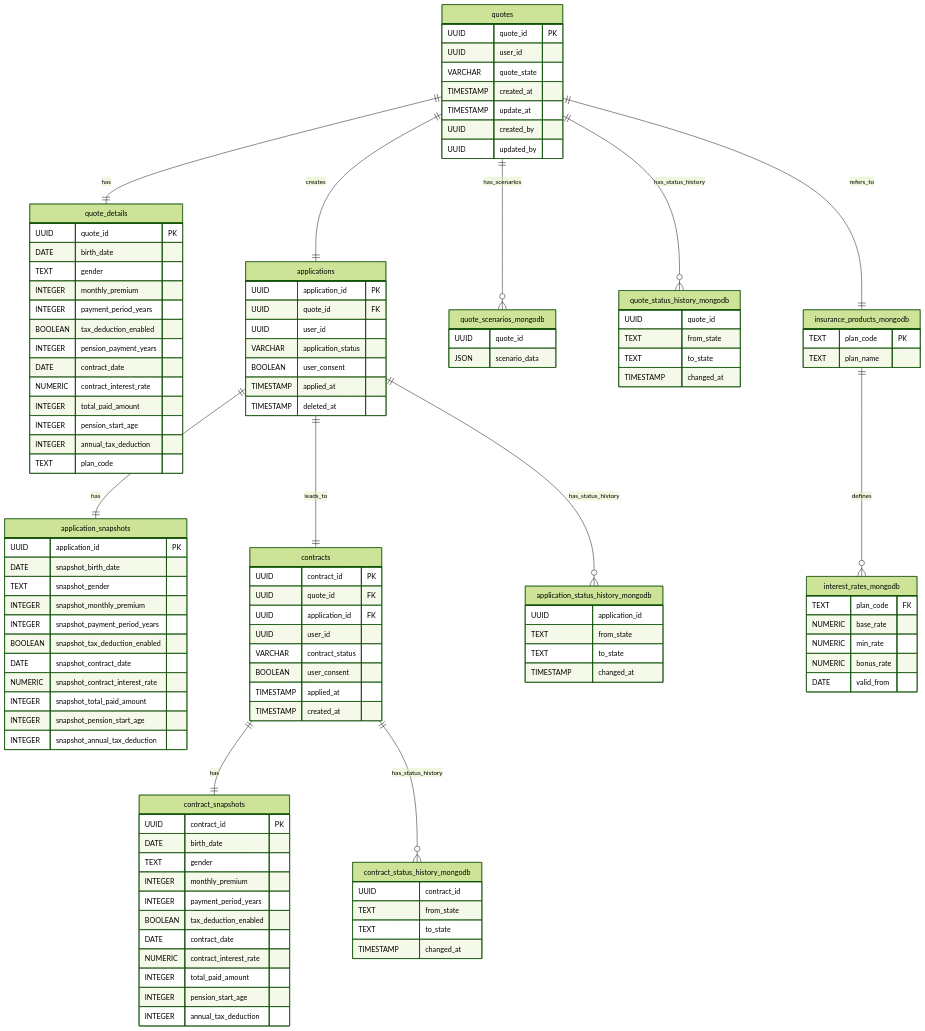
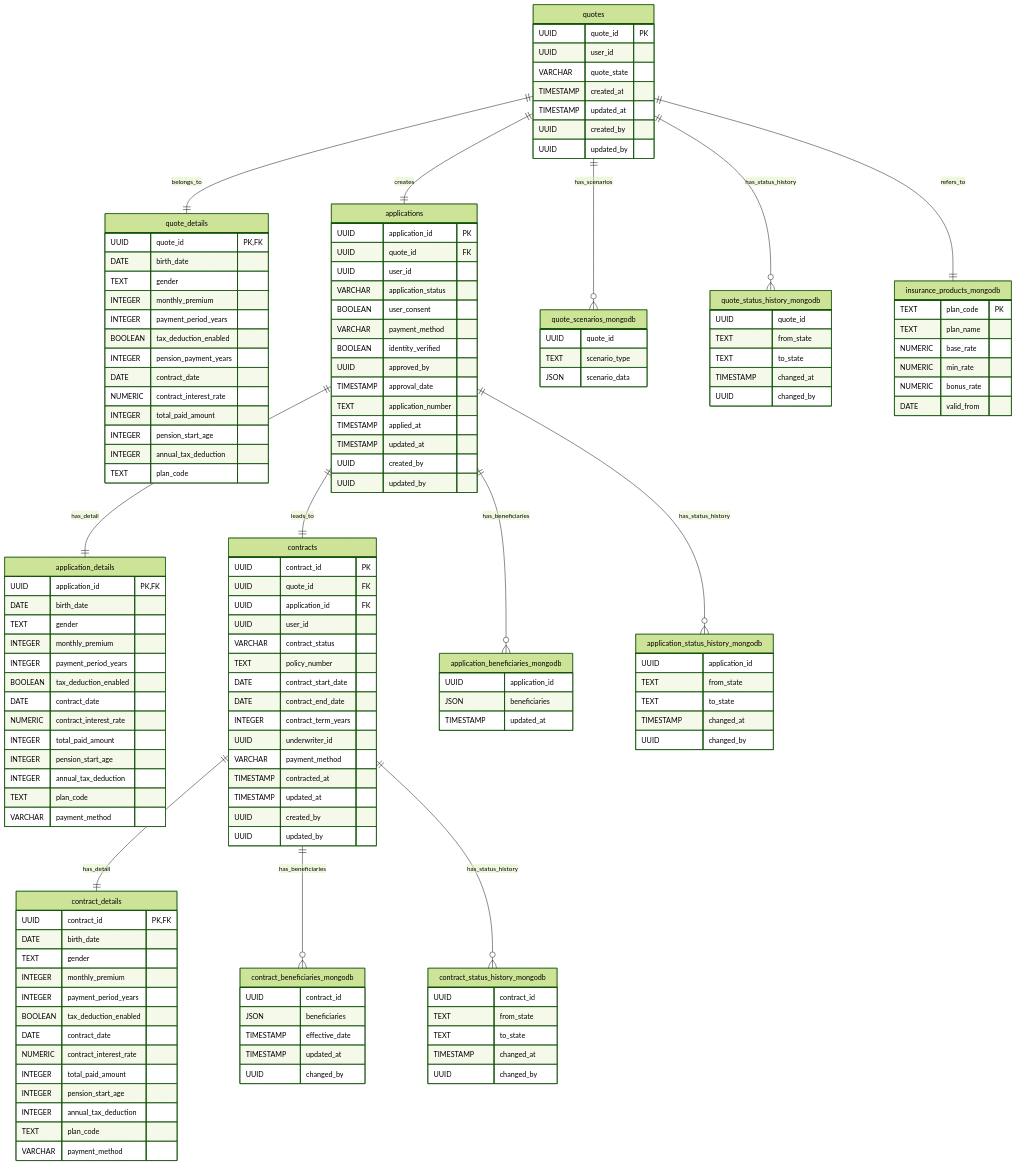
One commit to Yumapon/microservice_app changed the diagram in db/README.md. Above: the diagram before and after it, drawn with Mermaid (forest theme). The commit also changed 23 other files, not shown here.

````diff
--- a/db/README.md
+++ b/db/README.md
@@ -10,13 +10,13 @@
     UUID user_id
     VARCHAR quote_state
     TIMESTAMP created_at
-    TIMESTAMP update_at
+    TIMESTAMP updated_at
     UUID created_by
     UUID updated_by
 }
 
 quote_details {
-    UUID quote_id PK
+    UUID quote_id PK,FK
     DATE birth_date
     TEXT gender
     INTEGER monthly_premium
@@ -37,37 +37,19 @@
     UUID user_id
     VARCHAR application_status
     BOOLEAN user_consent
+    VARCHAR payment_method
+    BOOLEAN identity_verified
+    UUID approved_by
+    TIMESTAMP approval_date
+    TEXT application_number
     TIMESTAMP applied_at
-    TIMESTAMP deleted_at
+    TIMESTAMP updated_at
+    UUID created_by
+    UUID updated_by
 }
 
-application_snapshots {
-    UUID application_id PK
-    DATE snapshot_birth_date
-    TEXT snapshot_gender
-    INTEGER snapshot_monthly_premium
-    INTEGER snapshot_payment_period_years
-    BOOLEAN snapshot_tax_deduction_enabled
-    DATE snapshot_contract_date
-    NUMERIC snapshot_contract_interest_rate
-    INTEGER snapshot_total_paid_amount
-    INTEGER snapshot_pension_start_age
-    INTEGER snapshot_annual_tax_deduction
-}
-
-contracts {
-    UUID contract_id PK
-    UUID quote_id FK
-    UUID application_id FK
-    UUID user_id
-    VARCHAR contract_status
-    BOOLEAN user_consent
-    TIMESTAMP applied_at
-    TIMESTAMP created_at
-}
-
-contract_snapshots {
-    UUID contract_id PK
+application_details {
+    UUID application_id PK,FK
     DATE birth_date
     TEXT gender
     INTEGER monthly_premium
@@ -78,10 +60,61 @@
     INTEGER total_paid_amount
     INTEGER pension_start_age
     INTEGER annual_tax_deduction
+    TEXT plan_code
+    VARCHAR payment_method
+}
+
+contracts {
+    UUID contract_id PK
+    UUID quote_id FK
+    UUID application_id FK
+    UUID user_id
+    VARCHAR contract_status
+    TEXT policy_number
+    DATE contract_start_date
+    DATE contract_end_date
+    INTEGER contract_term_years
+    UUID underwriter_id
+    VARCHAR payment_method
+    TIMESTAMP contracted_at
+    TIMESTAMP updated_at
+    UUID created_by
+    UUID updated_by
+}
+
+contract_details {
+    UUID contract_id PK,FK
+    DATE birth_date
+    TEXT gender
+    INTEGER monthly_premium
+    INTEGER payment_period_years
+    BOOLEAN tax_deduction_enabled
+    DATE contract_date
+    NUMERIC contract_interest_rate
+    INTEGER total_paid_amount
+    INTEGER pension_start_age
+    INTEGER annual_tax_deduction
+    TEXT plan_code
+    VARCHAR payment_method
+}
+
+application_beneficiaries_mongodb {
+    UUID application_id
+    JSON beneficiaries
+    TIMESTAMP updated_at
+}
+
+contract_beneficiaries_mongodb {
+    UUID contract_id
+    JSON beneficiaries
+    TIMESTAMP effective_date
+    TIMESTAMP updated_at
+    UUID changed_by
 }
 
 quote_scenarios_mongodb {
     UUID quote_id
+    TEXT scenario_type
     JSON scenario_data
 }
 
@@ -90,6 +123,7 @@
     TEXT from_state
     TEXT to_state
     TIMESTAMP changed_at
+    UUID changed_by
 }
 
 application_status_history_mongodb {
@@ -97,6 +131,7 @@
     TEXT from_state
     TEXT to_state
     TIMESTAMP changed_at
+    UUID changed_by
 }
 
 contract_status_history_mongodb {
@@ -104,26 +139,26 @@
     TEXT from_state
     TEXT to_state
     TIMESTAMP changed_at
+    UUID changed_by
 }
 
 insurance_products_mongodb {
     TEXT plan_code PK
     TEXT plan_name
-}
-
-interest_rates_mongodb {
-    TEXT plan_code FK
     NUMERIC base_rate
     NUMERIC min_rate
     NUMERIC bonus_rate
     DATE valid_from
 }
 
-quotes ||--|| quote_details : has
+quotes ||--|| quote_details : belongs_to
 quotes ||--|| applications : creates
-applications ||--|| application_snapshots : has
+applications ||--|| application_details : has_detail
 applications ||--|| contracts : leads_to
-contracts ||--|| contract_snapshots : has
+contracts ||--|| contract_details : has_detail
+
+applications ||--o{ application_beneficiaries_mongodb : has_beneficiaries
+contracts ||--o{ contract_beneficiaries_mongodb : has_beneficiaries
 
 quotes ||--o{ quote_scenarios_mongodb : has_scenarios
 quotes ||--o{ quote_status_history_mongodb : has_status_history
@@ -131,6 +166,4 @@
 contracts ||--o{ contract_status_history_mongodb : has_status_history
 
 quotes ||--|| insurance_products_mongodb : refers_to
-insurance_products_mongodb ||--o{ interest_rates_mongodb : defines
-
 ```
````
